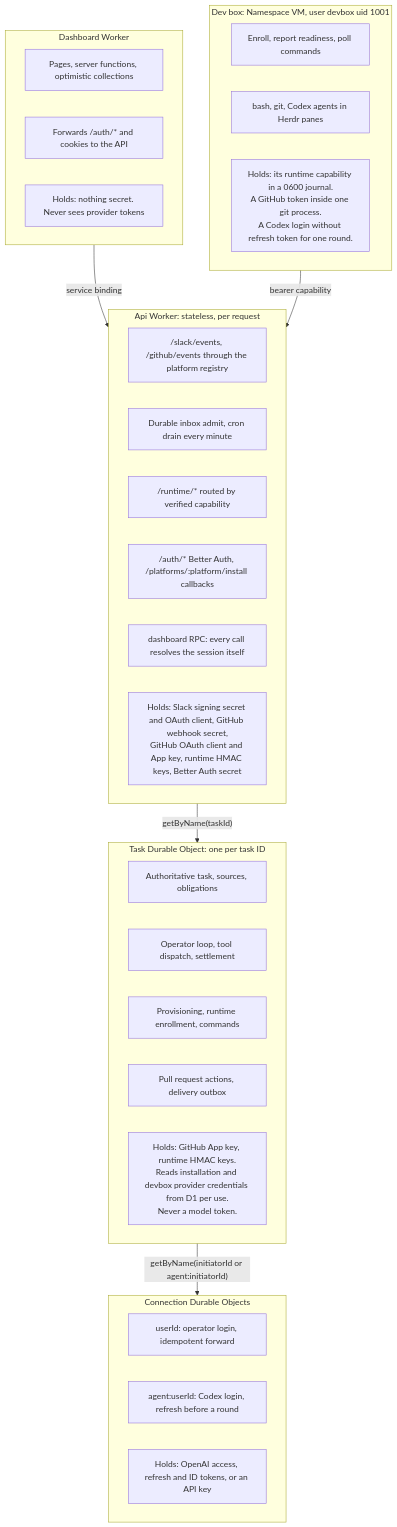
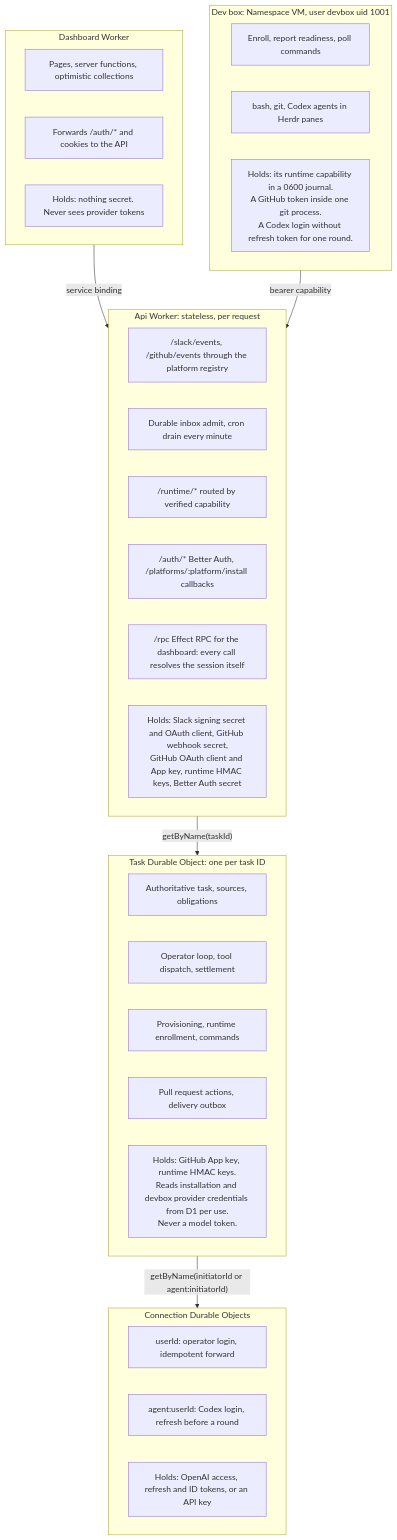
One commit to utopyin/notus changed the third of 24 diagrams in docs/architecture/system.md. Above: the diagram before and after it, drawn with Mermaid. The commit also changed other lines of this file and 3 other files, not shown here.

First line of the commit message:
docs: record neutral runtimes and the dashboard rpc

````diff
--- a/docs/architecture/system.md
+++ b/docs/architecture/system.md
@@ -163,38 +163,38 @@
 ```mermaid
 flowchart TB
   subgraph dash["Dashboard Worker"]
     d1n["Pages, server functions, optimistic collections"]
     d2n["Forwards /auth/* and cookies to the API"]
     dsn["Holds: nothing secret. Never sees provider tokens"]
   end
   subgraph worker["Api Worker: stateless, per request"]
     w1["/slack/events, /github/events through the platform registry"]
     w2["Durable inbox admit, cron drain every minute"]
     w3["/runtime/* routed by verified capability"]
     w4["/auth/* Better Auth, /platforms/:platform/install callbacks"]
-    w5["dashboard RPC: every call resolves the session itself"]
+    w5["/rpc Effect RPC for the dashboard: every call resolves the session itself"]
     wsn["Holds: Slack signing secret and OAuth client, GitHub webhook secret,<br/>GitHub OAuth client and App key, runtime HMAC keys, Better Auth secret"]
   end
   subgraph taskdo["Task Durable Object: one per task ID"]
     t1["Authoritative task, sources, obligations"]
     t2["Operator loop, tool dispatch, settlement"]
     t3["Provisioning, runtime enrollment, commands"]
     t4["Pull request actions, delivery outbox"]
     tsn["Holds: GitHub App key, runtime HMAC keys.<br/>Reads installation and devbox provider credentials from D1 per use.<br/>Never a model token."]
   end
   subgraph conndo["Connection Durable Objects"]
     c1["userId: operator login, idempotent forward"]
     c2["agent:userId: Codex login, refresh before a round"]
     csn["Holds: OpenAI access, refresh and ID tokens, or an API key"]
   end
   subgraph box["Dev box: Namespace VM, user devbox uid 1001"]
     b1["Enroll, report readiness, poll commands"]
     b2["bash, git, Codex agents in Herdr panes"]
     bsn["Holds: its runtime capability in a 0600 journal.<br/>A GitHub token inside one git process.<br/>A Codex login without refresh token for one round."]
   end
 
   dash -->|"service binding"| worker
   worker -->|"getByName(taskId)"| taskdo
   taskdo -->|"getByName(initiatorId or agent:initiatorId)"| conndo
   box -->|"bearer capability"| worker
 ```
````
